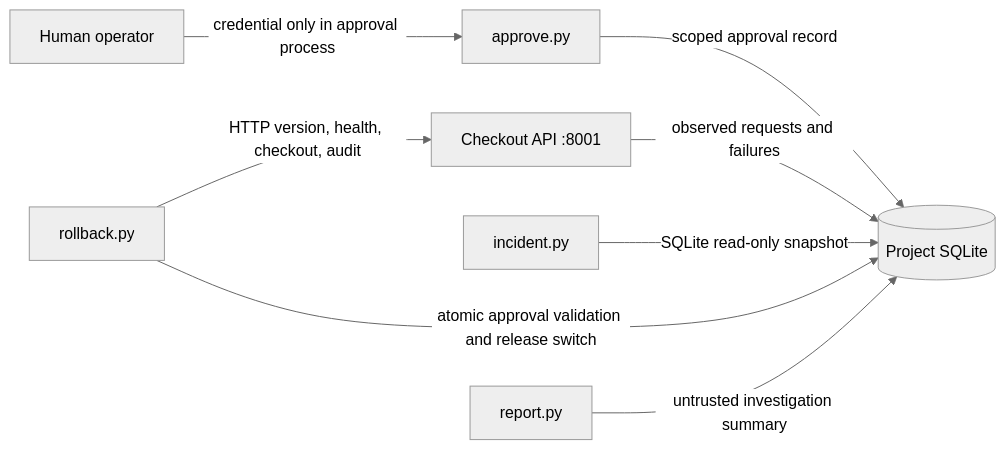
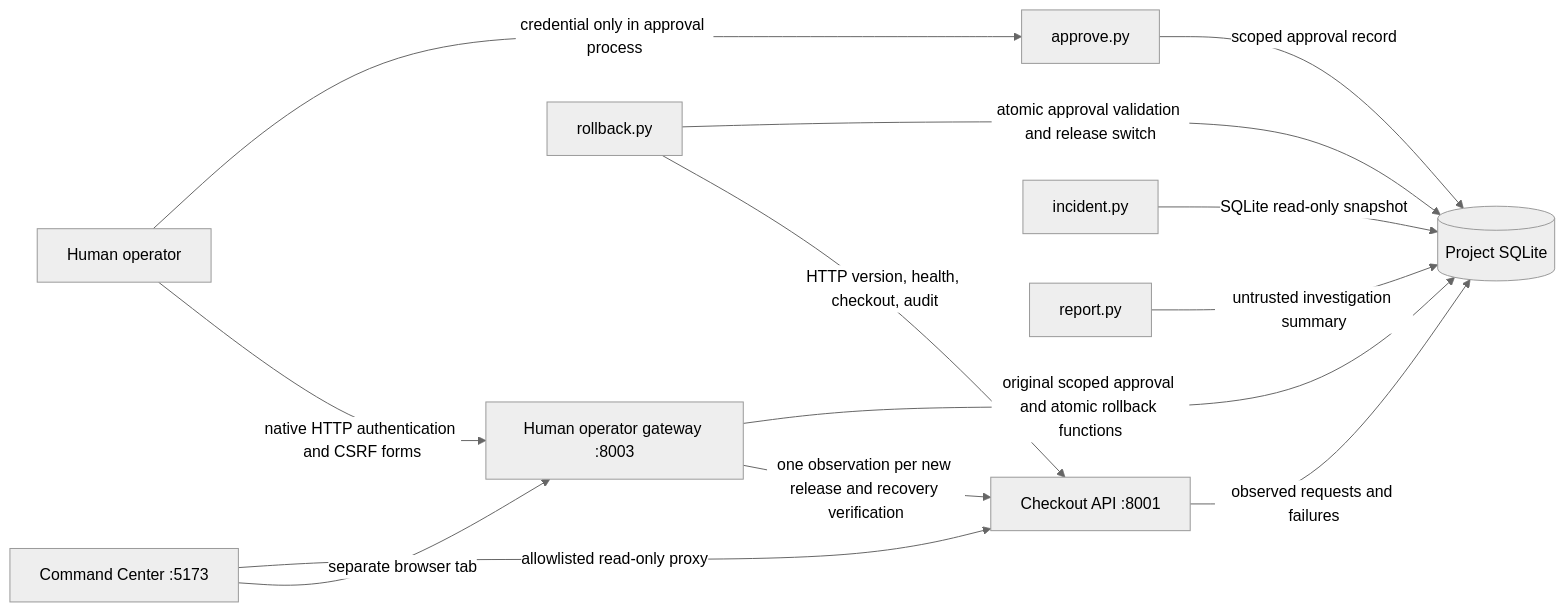
The diagram in docs/architecture.md (Awwiiiii/deployguard-ai), drawn with Mermaid (neutral theme) before and after one commit. The commit also changed other lines of this file and 54 other files, not shown here.

Commit message:
feat: add operations dashboard and protected browser recovery

````diff
--- a/docs/architecture.md
+++ b/docs/architecture.md
@@ -6,10 +8,15 @@
 ```mermaid
 flowchart LR
   H[Human operator] -->|credential only in approval process| A[approve.py]
   A -->|scoped approval record| DB[(Project SQLite)]
   API[Checkout API :8001] -->|observed requests and failures| DB
+  UI[Command Center :5173] -->|allowlisted read-only proxy| API
+  UI -->|separate browser tab| G[Human operator gateway :8003]
+  H -->|native HTTP authentication and CSRF forms| G
+  G -->|original scoped approval and atomic rollback functions| DB
+  G -->|one observation per new release and recovery verification| API
   I[incident.py] -->|SQLite read-only snapshot| DB
   R[rollback.py] -->|atomic approval validation and release switch| DB
   R -->|HTTP version, health, checkout, audit| API
   P[report.py] -->|untrusted investigation summary| DB
 ```
````
